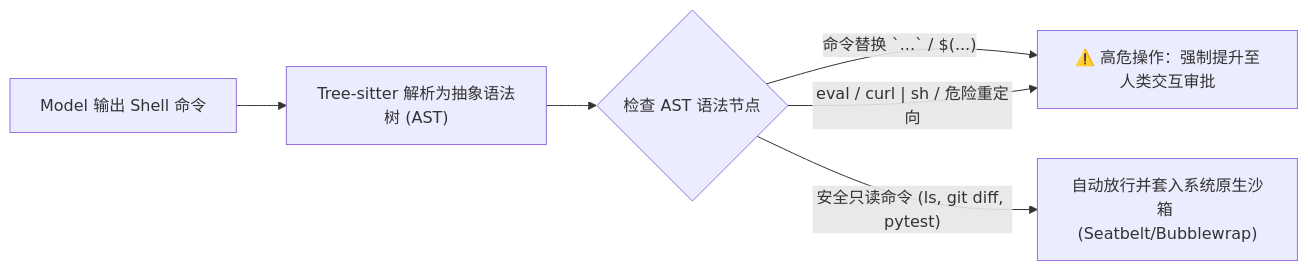
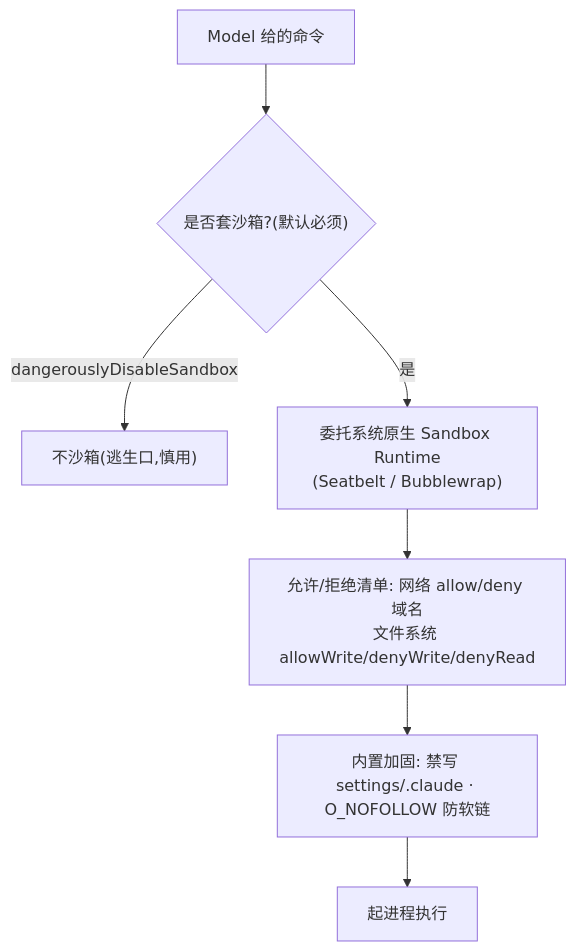
Before and after one commit to ImWenyaoT/website: the ninth of 12 diagrams in docs/harness/claude-code.md, drawn with Mermaid. The commit also changed other lines of this file and 2 other files, not shown here.

````diff
--- a/docs/harness/claude-code.md
+++ b/docs/harness/claude-code.md
@@ -116,9 +216,9 @@
 ```mermaid
-flowchart LR
-    Cmd["Model 输出 Shell 命令"] --> AST["Tree-sitter 解析为抽象语法树 (AST)"]
-    AST --> NodeCheck{"检查 AST 语法节点"}
-    
-    NodeCheck -->|"命令替换 `...` / $(...)"| Prompt["⚠️ 高危操作：强制提升至人类交互审批"]
-    NodeCheck -->|"eval / curl | sh / 危险重定向"| Prompt
-    NodeCheck -->|"安全只读命令 (ls, git diff, pytest)"| Sandbox["自动放行并套入系统原生沙箱 (Seatbelt/Bubblewrap)"]
+flowchart TB
+    Cmd2["Model 给的命令"] --> Q2{"是否套沙箱?(默认必须)"}
+    Q2 -->|"dangerouslyDisableSandbox"| Off["不沙箱(逃生口,慎用)"]
+    Q2 -->|"是"| Box2["委托系统原生 Sandbox Runtime<br/>(Seatbelt / Bubblewrap)"]
+    Box2 --> Cfg["允许/拒绝清单: 网络 allow/deny 域名<br/>文件系统 allowWrite/denyWrite/denyRead"]
+    Cfg --> Hard["内置加固: 禁写 settings/.claude · O_NOFOLLOW 防软链"]
+    Hard --> Run2["起进程执行"]
 ```
````
